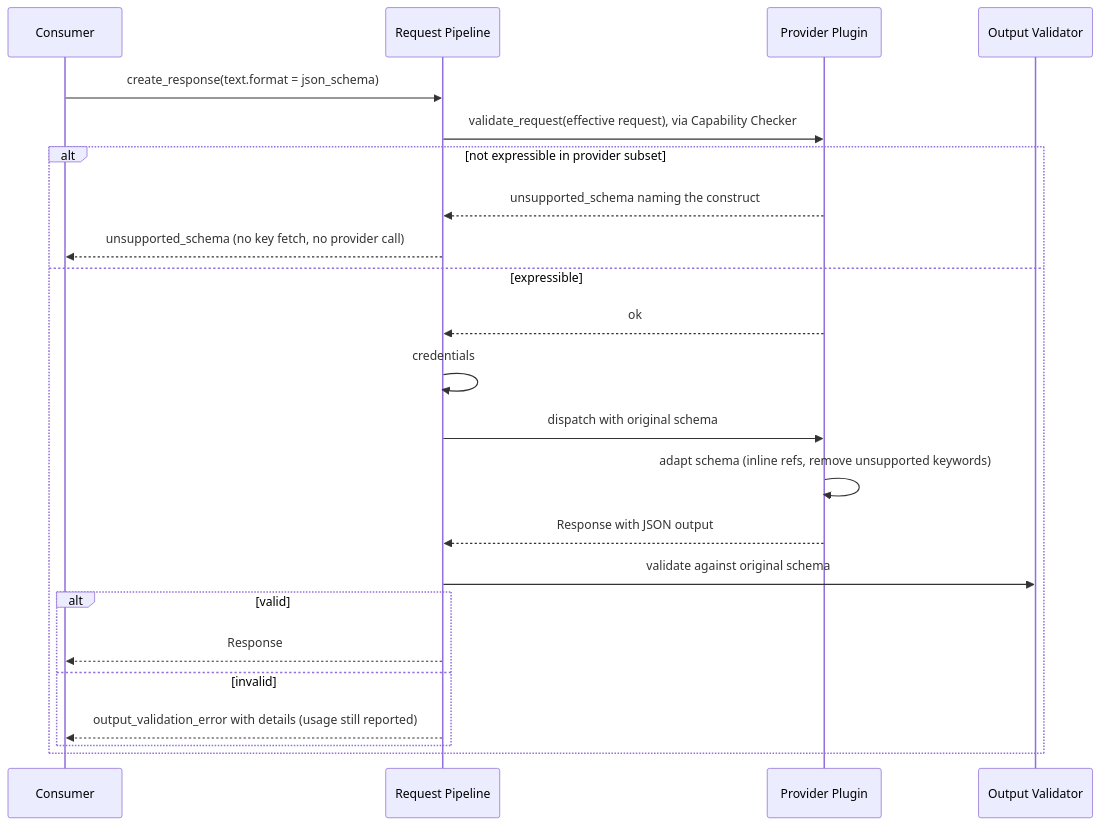
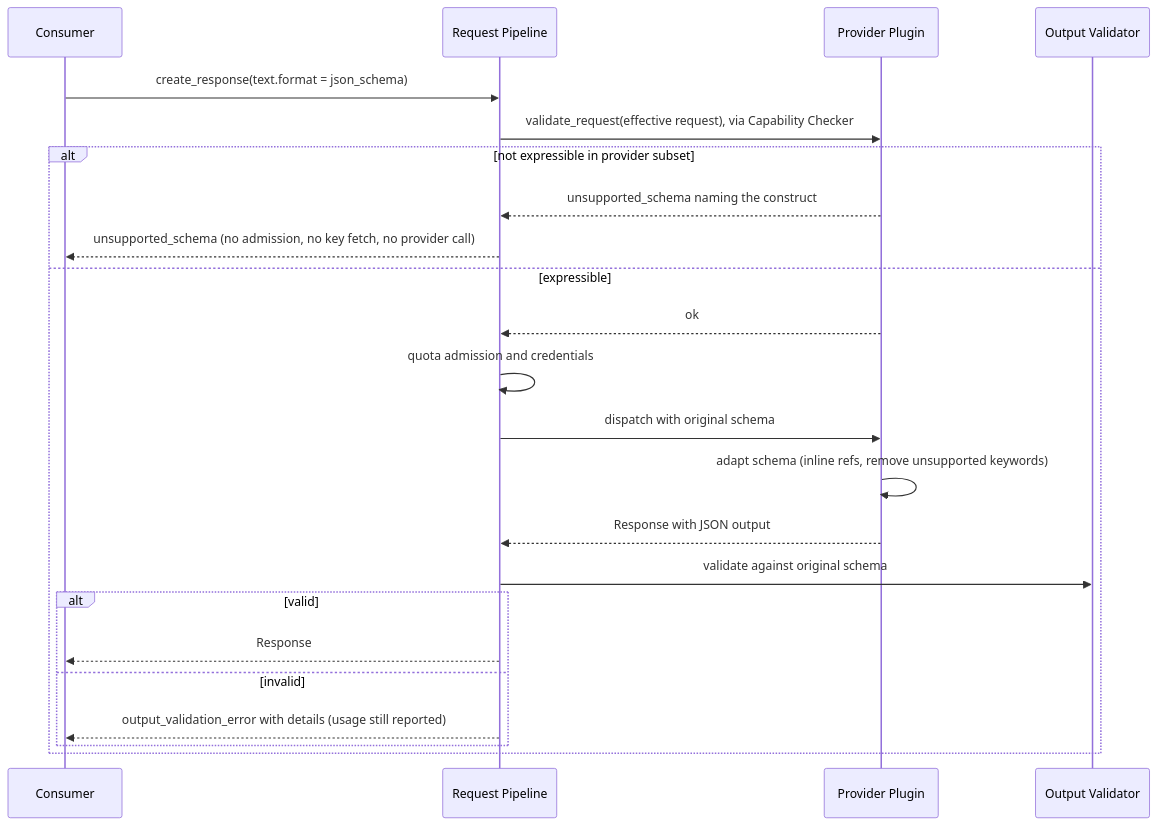
One commit to AndIConstructor/gears-rust changed the eighth of 15 diagrams in gears/llm-gateway/docs/DESIGN.md. Above: the diagram before and after it, drawn with Mermaid. The commit also changed other lines of this file, not shown here.

Commit message:
docs(llm-gateway): restore quota enforcement through Quota Enforcement leases Signed-off-by: ritmix3300 <dmitriy.matveev95@gmail.com>

````diff
--- a/gears/llm-gateway/docs/DESIGN.md
+++ b/gears/llm-gateway/docs/DESIGN.md
@@ -918,25 +993,25 @@
 ```mermaid
 sequenceDiagram
     participant C as Consumer
     participant P as Request Pipeline
     participant PL as Provider Plugin
     participant OV as Output Validator
     C->>P: create_response(text.format = json_schema)
     P->>PL: validate_request(effective request), via Capability Checker
     alt not expressible in provider subset
         PL-->>P: unsupported_schema naming the construct
-        P-->>C: unsupported_schema (no key fetch, no provider call)
+        P-->>C: unsupported_schema (no admission, no key fetch, no provider call)
     else expressible
         PL-->>P: ok
-        P->>P: credentials
+        P->>P: quota admission and credentials
         P->>PL: dispatch with original schema
         PL->>PL: adapt schema (inline refs, remove unsupported keywords)
         PL-->>P: Response with JSON output
         P->>OV: validate against original schema
         alt valid
             P-->>C: Response
         else invalid
             P-->>C: output_validation_error with details (usage still reported)
         end
     end
 ```
````
